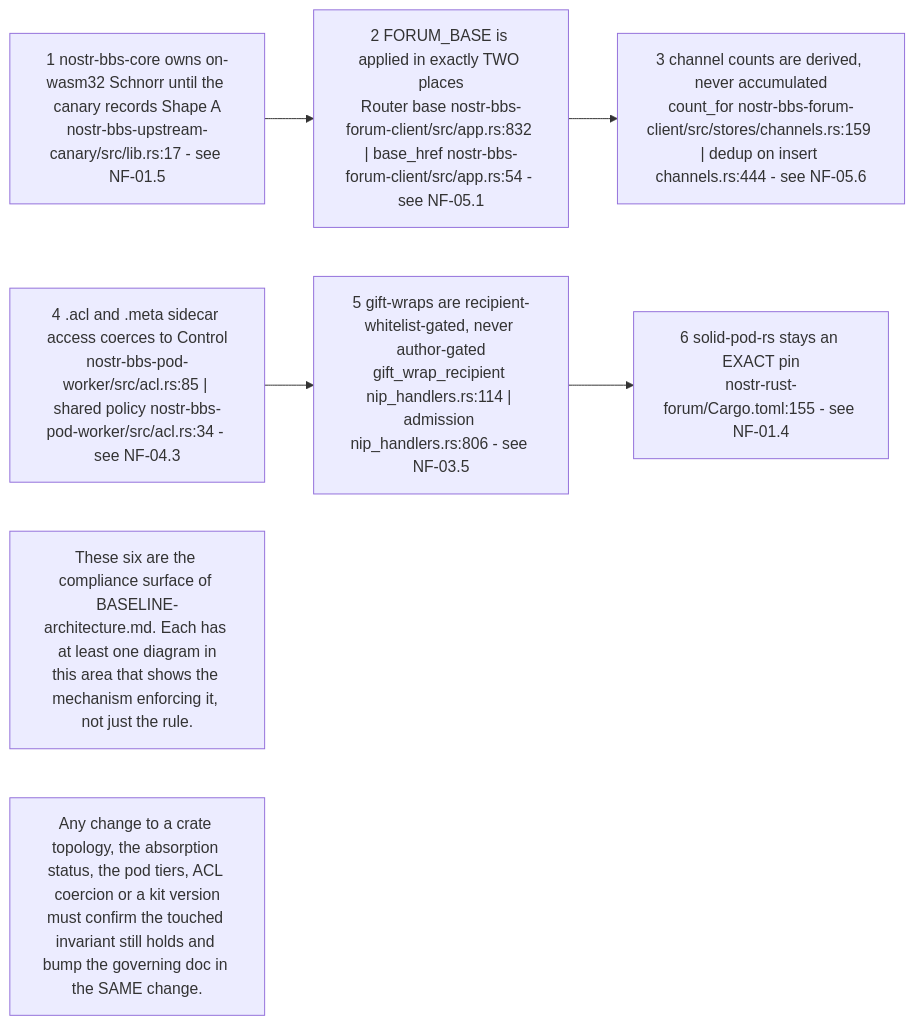
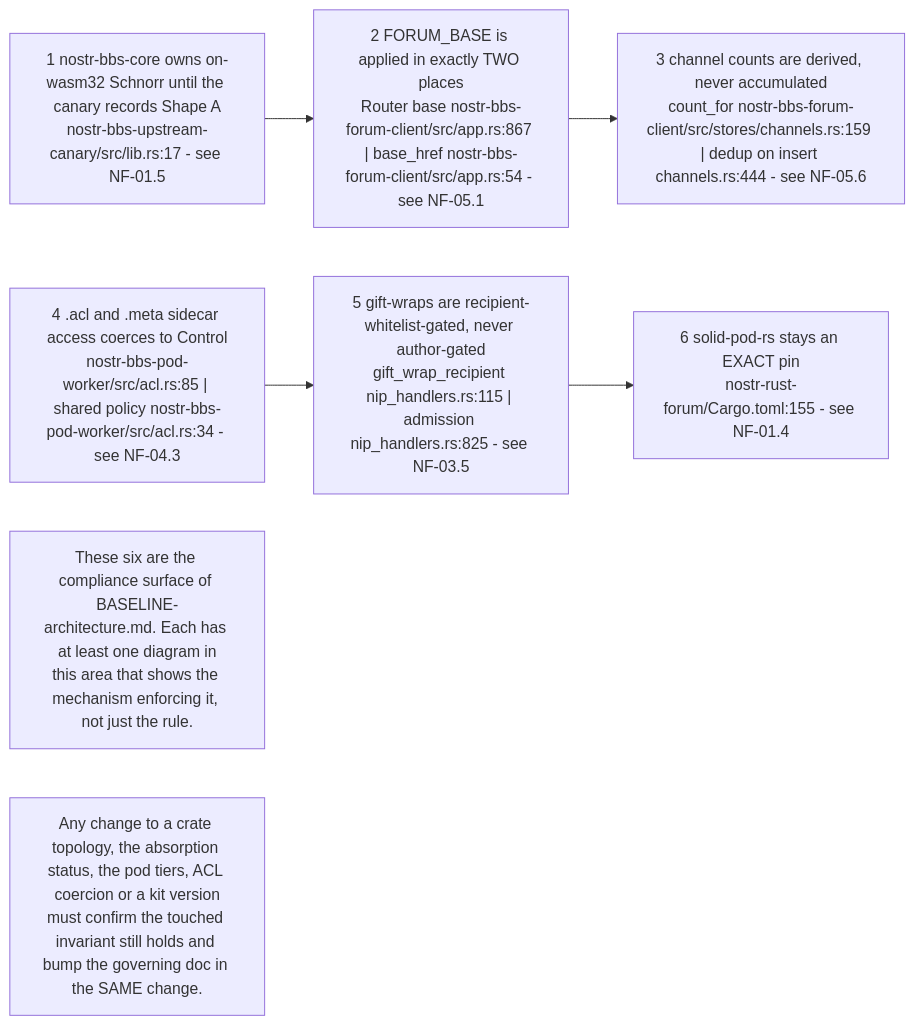
The first of 10 diagrams in docs/diagrams/nostr-rust-forum/10-invariants-and-anomaly-register.md (DreamLab-AI/VisionFlow), drawn with Mermaid before and after one commit. The commit also changed other lines of this file and 136 other files, not shown here.

First line of the commit message:
docs(diagrams): refresh the whole corpus to code HEAD and prune low-value diagrams

````diff
--- a/docs/diagrams/nostr-rust-forum/10-invariants-and-anomaly-register.md
+++ b/docs/diagrams/nostr-rust-forum/10-invariants-and-anomaly-register.md
@@ -55,15 +52,15 @@
 ```mermaid
 flowchart LR
     I1["1 nostr-bbs-core owns on-wasm32 Schnorr until the canary records Shape A<br/>nostr-bbs-upstream-canary/src/lib.rs:17 - see NF-01.5"]
-    I2["2 FORUM_BASE is applied in exactly TWO places<br/>Router base nostr-bbs-forum-client/src/app.rs:832 | base_href nostr-bbs-forum-client/src/app.rs:54 - see NF-05.1"]
+    I2["2 FORUM_BASE is applied in exactly TWO places<br/>Router base nostr-bbs-forum-client/src/app.rs:867 | base_href nostr-bbs-forum-client/src/app.rs:54 - see NF-05.1"]
     I3["3 channel counts are derived, never accumulated<br/>count_for nostr-bbs-forum-client/src/stores/channels.rs:159 | dedup on insert channels.rs:444 - see NF-05.6"]
     I4["4 .acl and .meta sidecar access coerces to Control<br/>nostr-bbs-pod-worker/src/acl.rs:85 | shared policy nostr-bbs-pod-worker/src/acl.rs:34 - see NF-04.3"]
-    I5["5 gift-wraps are recipient-whitelist-gated, never author-gated<br/>gift_wrap_recipient nip_handlers.rs:114 | admission nip_handlers.rs:806 - see NF-03.5"]
+    I5["5 gift-wraps are recipient-whitelist-gated, never author-gated<br/>gift_wrap_recipient nip_handlers.rs:115 | admission nip_handlers.rs:825 - see NF-03.5"]
     I6["6 solid-pod-rs stays an EXACT pin<br/>nostr-rust-forum/Cargo.toml:155 - see NF-01.4"]
 
     I1 --> I2 --> I3
     I4 --> I5 --> I6
 
     N1["These six are the compliance surface of BASELINE-architecture.md. Each has at least one diagram in<br/>this area that shows the mechanism enforcing it, not just the rule."]
     N2["Any change to a crate topology, the absorption status, the pod tiers, ACL coercion or a kit version<br/>must confirm the touched invariant still holds and bump the governing doc in the SAME change."]
 ```
````
